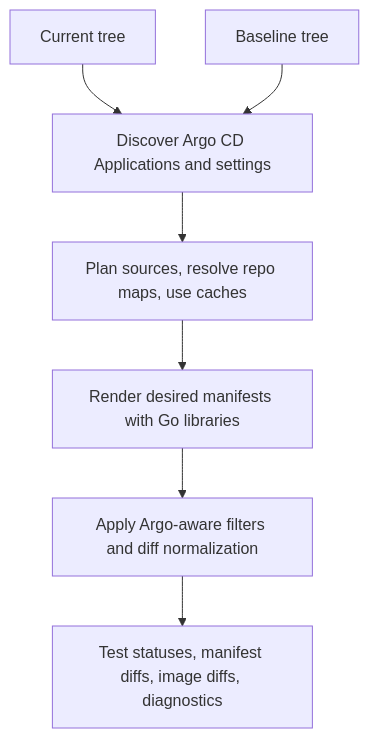
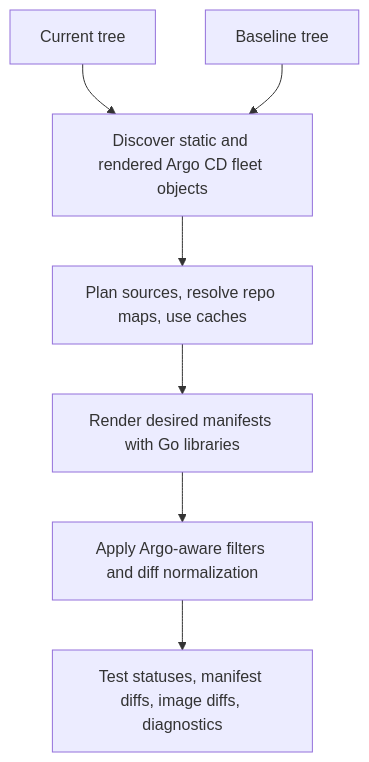
Before and after one commit to sholdee/drydock: the diagram in README.md, drawn with Mermaid. The commit also changed other lines of this file and 27 other files, not shown here.

Commit message:
feat: discover rendered Argo CD fleets

````diff
--- a/README.md
+++ b/README.md
@@ -203,14 +205,14 @@
 ```mermaid
 flowchart TD
   current[Current tree]
   baseline[Baseline tree]
 
   current --> discover
   baseline --> discover
 
-  discover[Discover Argo CD Applications and settings]
+  discover[Discover static and rendered Argo CD fleet objects]
   discover --> plan[Plan sources, resolve repo maps, use caches]
   plan --> render[Render desired manifests with Go libraries]
   render --> normalize[Apply Argo-aware filters and diff normalization]
   normalize --> outputs[Test statuses, manifest diffs, image diffs, diagnostics]
 ```
````
